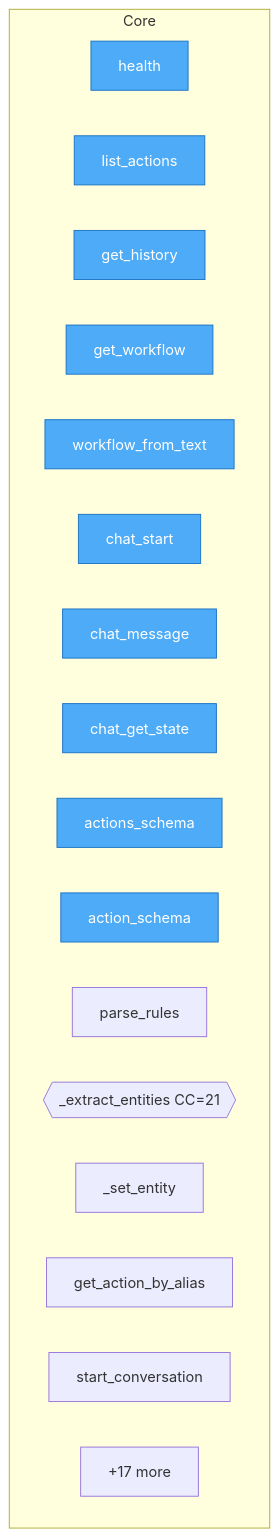
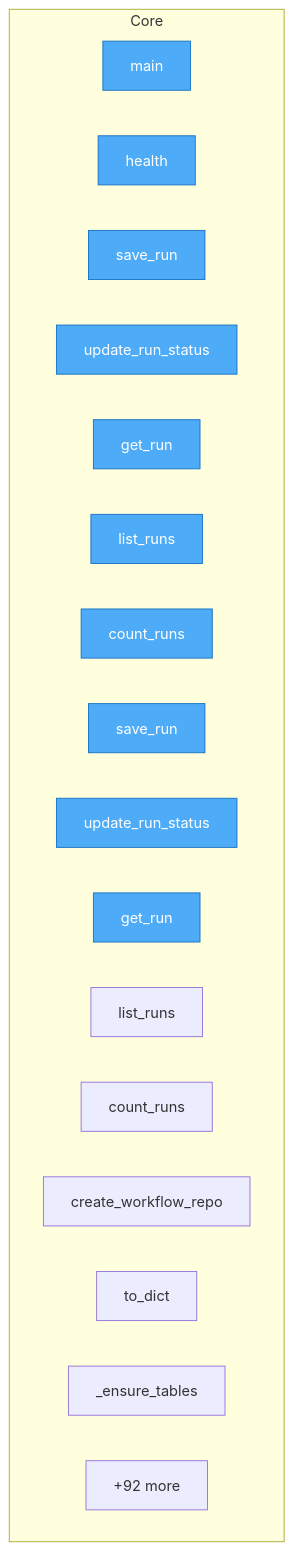
One commit to wronai/nlp2dsl changed the diagram in project/flow.mmd. Above: the diagram before and after it, drawn with Mermaid. The commit also changed 47 other files, not shown here.

```diff
--- a/project/flow.mmd
+++ b/project/flow.mmd
@@ -1,25 +1,25 @@
 flowchart TD
 
     %% Entry points (blue)
     classDef entry fill:#4dabf7,stroke:#1971c2,color:#fff
 
     subgraph Core
+        tauri_wrapper__src_tauri__src__main__main["main"]
         backend__app__main__health["health"]
-        backend__app__workflow__list_actions["list_actions"]
-        backend__app__workflow__get_history["get_history"]
-        backend__app__workflow__get_workflow["get_workflow"]
-        backend__app__workflow__workflow_from_text["workflow_from_text"]
-        backend__app__workflow__chat_start["chat_start"]
-        backend__app__workflow__chat_message["chat_message"]
-        backend__app__workflow__chat_get_state["chat_get_state"]
-        backend__app__workflow__actions_schema["actions_schema"]
-        backend__app__workflow__action_schema["action_schema"]
-        nlp_service__app__parser_rules__parse_rules["parse_rules"]
-        nlp_service__app__parser_rules___extract_entities{{_extract_entities CC=21}}
-        nlp_service__app__parser_rules___set_entity["_set_entity"]
-        nlp_service__app__registry__get_action_by_alias["get_action_by_alias"]
-        nlp_service__app__orchestrator__start_conversation["start_conversation"]
-        ...["+17 more"]
+        backend__app__db__memory__MemoryWorkflowRepo__save_run["save_run"]
+        backend__app__db__memory__MemoryWorkflowRepo__update_run_status["update_run_status"]
+        backend__app__db__memory__MemoryWorkflowRepo__get_run["get_run"]
+        backend__app__db__memory__MemoryWorkflowRepo__list_runs["list_runs"]
+        backend__app__db__memory__MemoryWorkflowRepo__count_runs["count_runs"]
+        backend__app__db__WorkflowRepo__save_run["save_run"]
+        backend__app__db__WorkflowRepo__update_run_status["update_run_status"]
+        backend__app__db__WorkflowRepo__get_run["get_run"]
+        backend__app__db__WorkflowRepo__list_runs["list_runs"]
+        backend__app__db__WorkflowRepo__count_runs["count_runs"]
+        backend__app__db__create_workflow_repo["create_workflow_repo"]
+        backend__app__db__postgres__WorkflowRunModel__to_dict["to_dict"]
+        backend__app__db__postgres__PostgresWorkflowRepo___ensure_tables["_ensure_tables"]
+        ...["+92 more"]
     end
 
-    class backend__app__main__health,backend__app__workflow__list_actions,backend__app__workflow__get_history,backend__app__workflow__get_workflow,backend__app__workflow__workflow_from_text,backend__app__workflow__chat_start,backend__app__workflow__chat_message,backend__app__workflow__chat_get_state,backend__app__workflow__actions_schema,backend__app__workflow__action_schema entry
+    class tauri_wrapper__src_tauri__src__main__main,backend__app__main__health,backend__app__db__memory__MemoryWorkflowRepo__save_run,backend__app__db__memory__MemoryWorkflowRepo__update_run_status,backend__app__db__memory__MemoryWorkflowRepo__get_run,backend__app__db__memory__MemoryWorkflowRepo__list_runs,backend__app__db__memory__MemoryWorkflowRepo__count_runs,backend__app__db__WorkflowRepo__save_run,backend__app__db__WorkflowRepo__update_run_status,backend__app__db__WorkflowRepo__get_run entry
```
